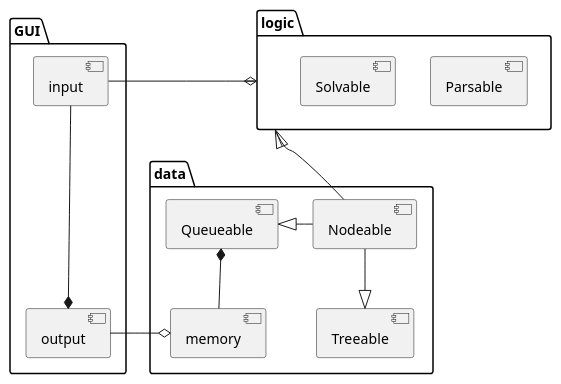
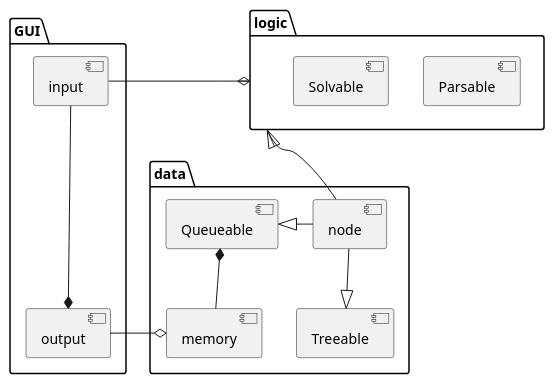
The diagram in src/docs/UML/architecture.puml (vitalispopoff/calculator), drawn with PlantUML before and after one commit. The commit also changed 16 other files, not shown here.

```diff
--- a/src/docs/UML/architecture.puml
+++ b/src/docs/UML/architecture.puml
@@ -1,31 +1,31 @@
 @startuml
 
 package GUI {
     component output
     component input
 }
 
 package logic {
     component Parsable
     component Solvable
 
 }
 
 package data {
     component memory
     component Queueable
     component Treeable
-    component Nodeable
+    component node
 }
 
 [input]     -right-o    logic
-logic       <|-down-    [Nodeable]
+logic       <|-down-    [node]
 [output]    *-up--      [input]
 [output]    -right-o    [memory]
 
 [Queueable] *-down-     [memory]
 
-[Nodeable]  -left-|>    [Queueable]
-[Nodeable]  -down-|>    [Treeable]
+[node]  -left-|>    [Queueable]
+[node]  -down-|>    [Treeable]
 
 @enduml
```
